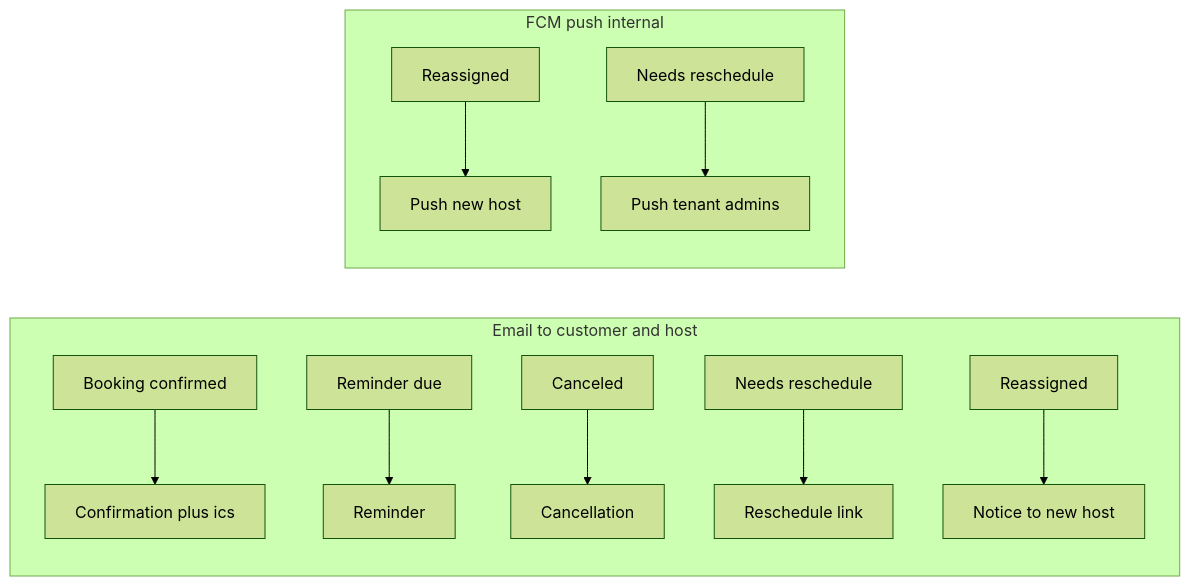
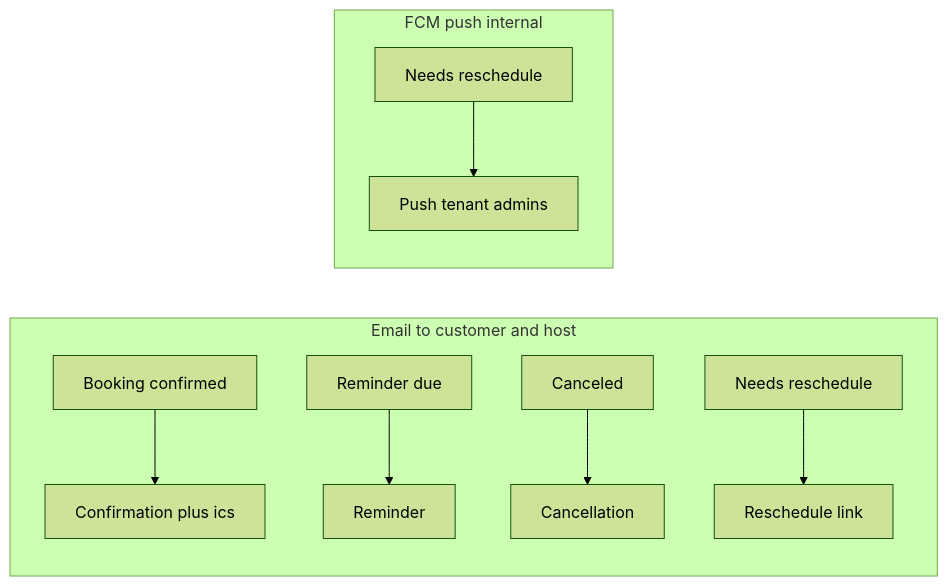
The diagram in docs/flows/05-notifications-and-push.md (priyanshiqb/voicebot_back), drawn with Mermaid (forest theme) before and after one commit. The commit also changed other lines of this file and 42 other files, not shown here.

````diff
--- a/docs/flows/05-notifications-and-push.md
+++ b/docs/flows/05-notifications-and-push.md
@@ -11,14 +11,12 @@
 ```mermaid
 flowchart LR
     subgraph EMAIL["Email to customer and host"]
         C1["Booking confirmed"] --> E1["Confirmation plus ics"]
         C2["Reminder due"] --> E2["Reminder"]
         C3["Canceled"] --> E3["Cancellation"]
         C4["Needs reschedule"] --> E4["Reschedule link"]
-        C5["Reassigned"] --> E5["Notice to new host"]
     end
     subgraph PUSH["FCM push internal"]
-        P1["Reassigned"] --> F1["Push new host"]
         P2["Needs reschedule"] --> F2["Push tenant admins"]
     end
 ```
````
